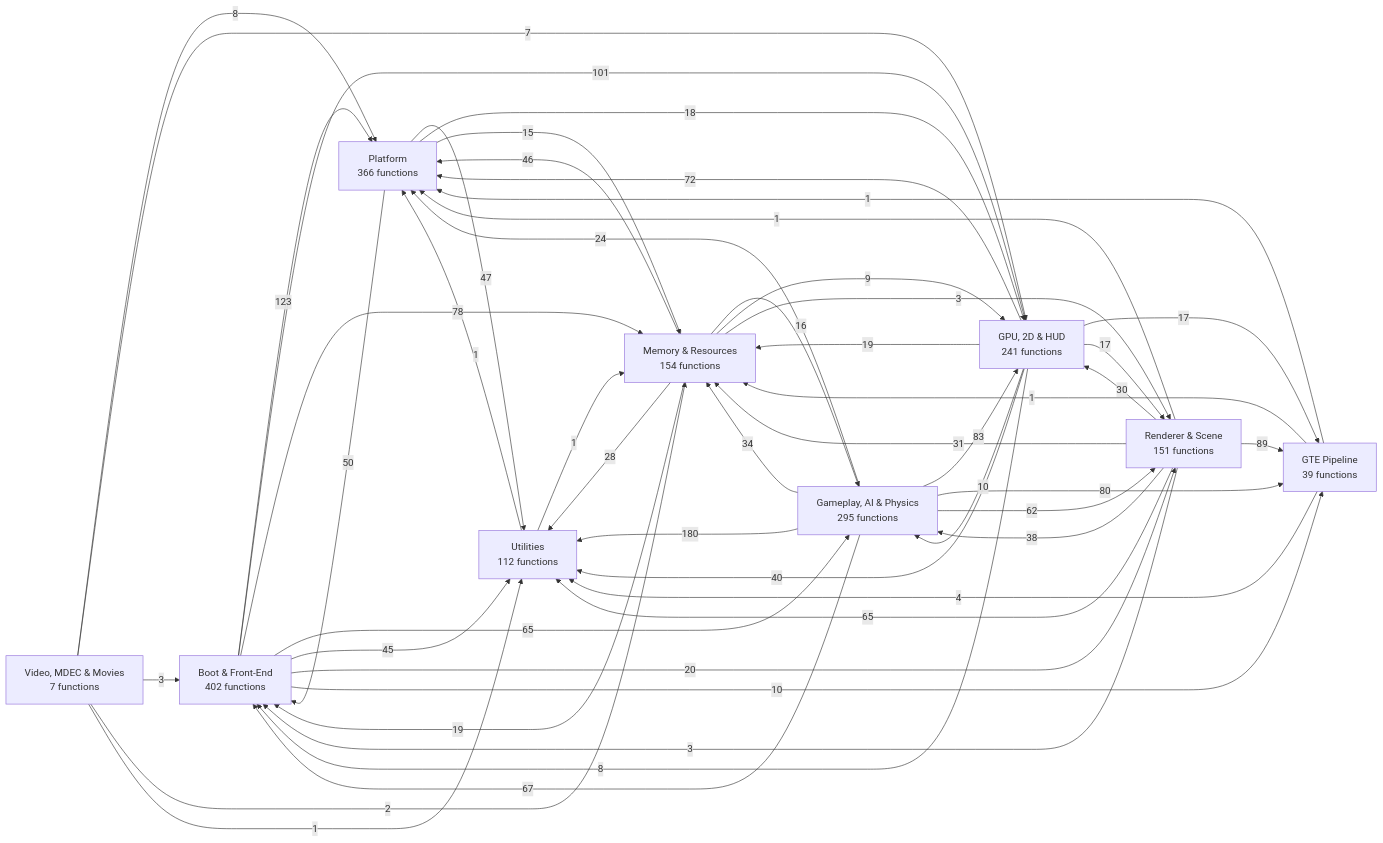
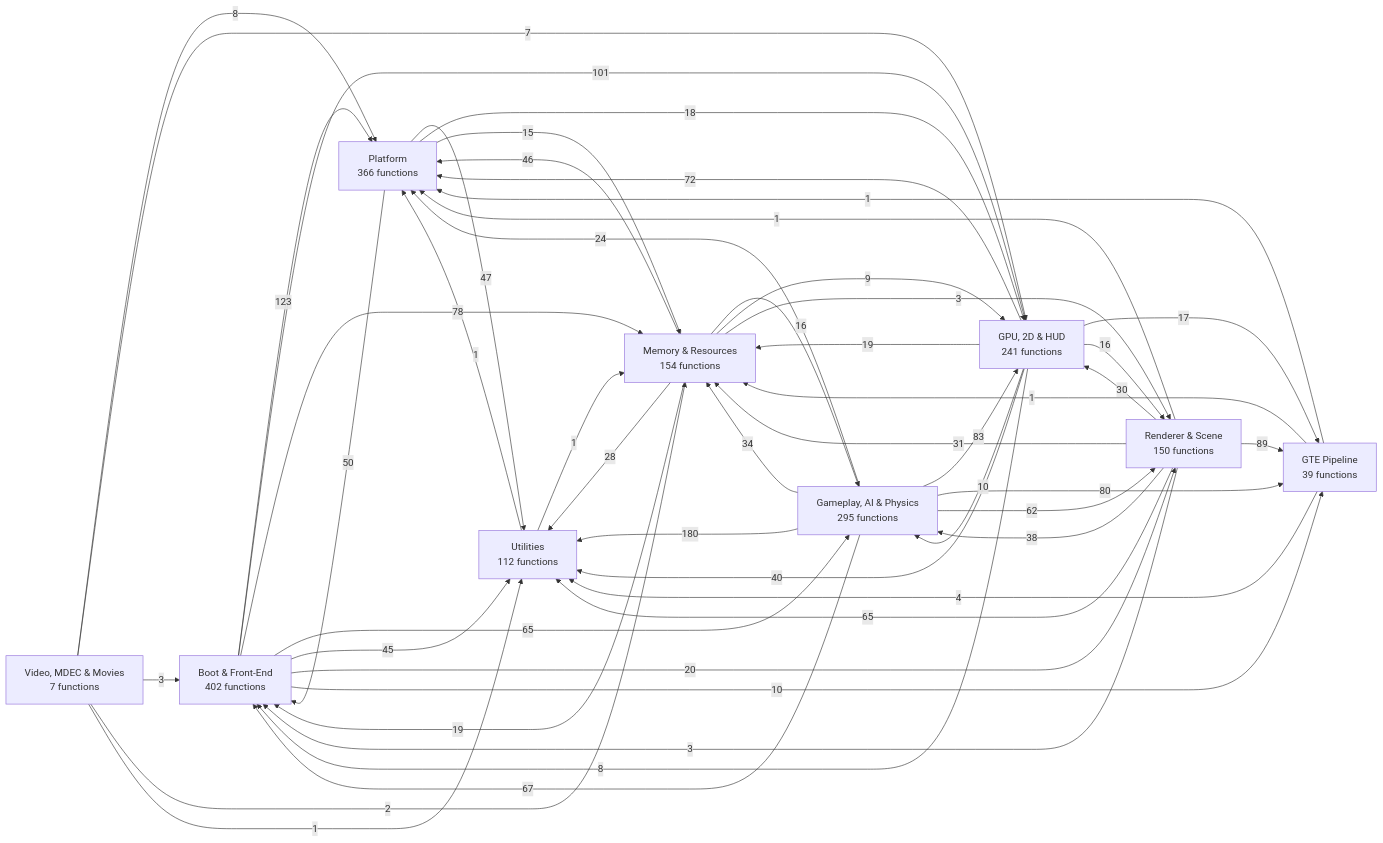
Before and after one commit to kai-luni/Future-Cop-L.A.P.D-PS1: the first of 11 diagrams in docs/FUNCTION_MAP.md, drawn with Mermaid. The commit also changed other lines of this file and 329 other files, not shown here.

````diff
--- a/docs/FUNCTION_MAP.md
+++ b/docs/FUNCTION_MAP.md
@@ -13,60 +13,60 @@
 ```mermaid
 graph LR
     g0["Boot & Front-End<br/>402 functions"]
     g1["Memory & Resources<br/>154 functions"]
     g2["Video, MDEC & Movies<br/>7 functions"]
     g3["GTE Pipeline<br/>39 functions"]
-    g4["Renderer & Scene<br/>151 functions"]
+    g4["Renderer & Scene<br/>150 functions"]
     g5["GPU, 2D & HUD<br/>241 functions"]
     g6["Gameplay, AI & Physics<br/>295 functions"]
     g7["Platform<br/>366 functions"]
     g8["Utilities<br/>112 functions"]
     g6 -->|180| g8
     g0 -->|123| g7
     g0 -->|101| g5
     g4 -->|89| g3
     g6 -->|83| g5
     g6 -->|80| g3
     g0 -->|78| g1
     g5 -->|72| g7
     g6 -->|67| g0
     g0 -->|65| g6
     g4 -->|65| g8
     g6 -->|62| g4
     g7 -->|50| g0
     g7 -->|47| g8
     g1 -->|46| g7
     g0 -->|45| g8
     g5 -->|40| g8
     g4 -->|38| g6
     g6 -->|34| g1
     g4 -->|31| g1
     g4 -->|30| g5
     g1 -->|28| g8
     g6 -->|24| g7
     g0 -->|20| g4
     g5 -->|19| g1
     g1 -->|19| g0
     g7 -->|18| g5
     g5 -->|17| g3
-    g5 -->|17| g4
+    g5 -->|16| g4
     g1 -->|16| g6
     g7 -->|15| g1
     g0 -->|10| g3
     g5 -->|10| g6
     g1 -->|9| g5
     g5 -->|8| g0
     g2 -->|8| g7
     g2 -->|7| g5
     g3 -->|4| g8
     g1 -->|3| g4
     g4 -->|3| g0
     g2 -->|3| g0
     g2 -->|2| g1
     g3 -->|1| g1
     g3 -->|1| g7
     g4 -->|1| g7
     g8 -->|1| g1
     g8 -->|1| g7
     g2 -->|1| g8
 ```
````
